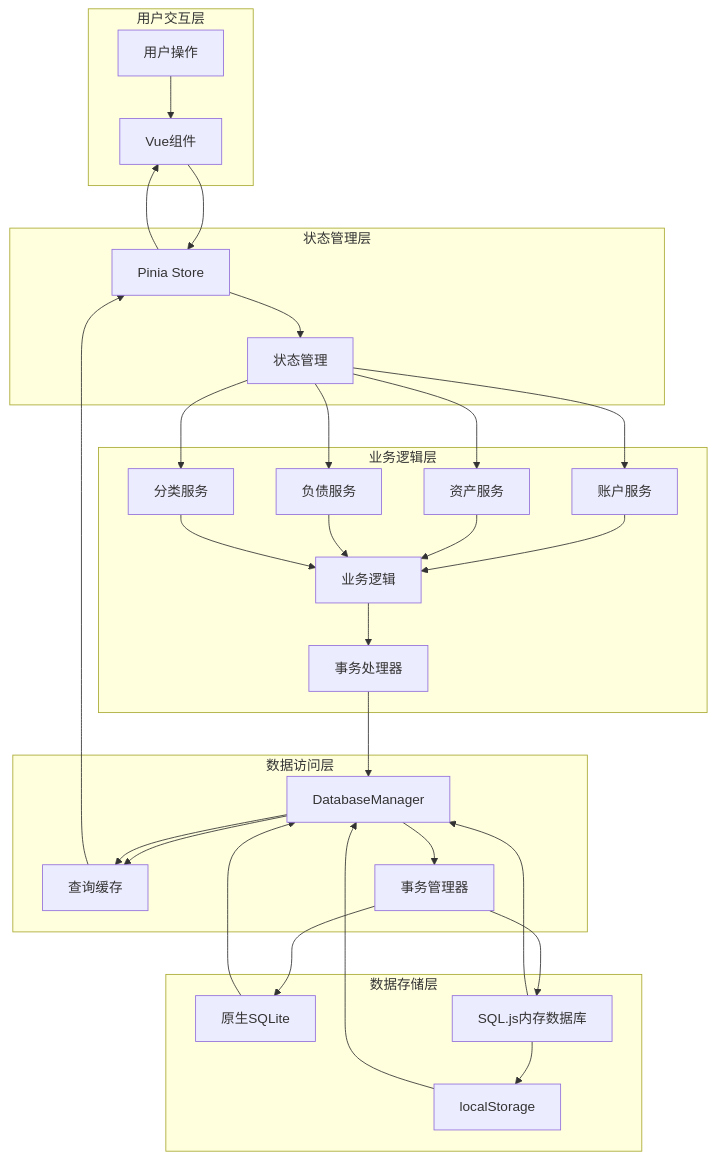
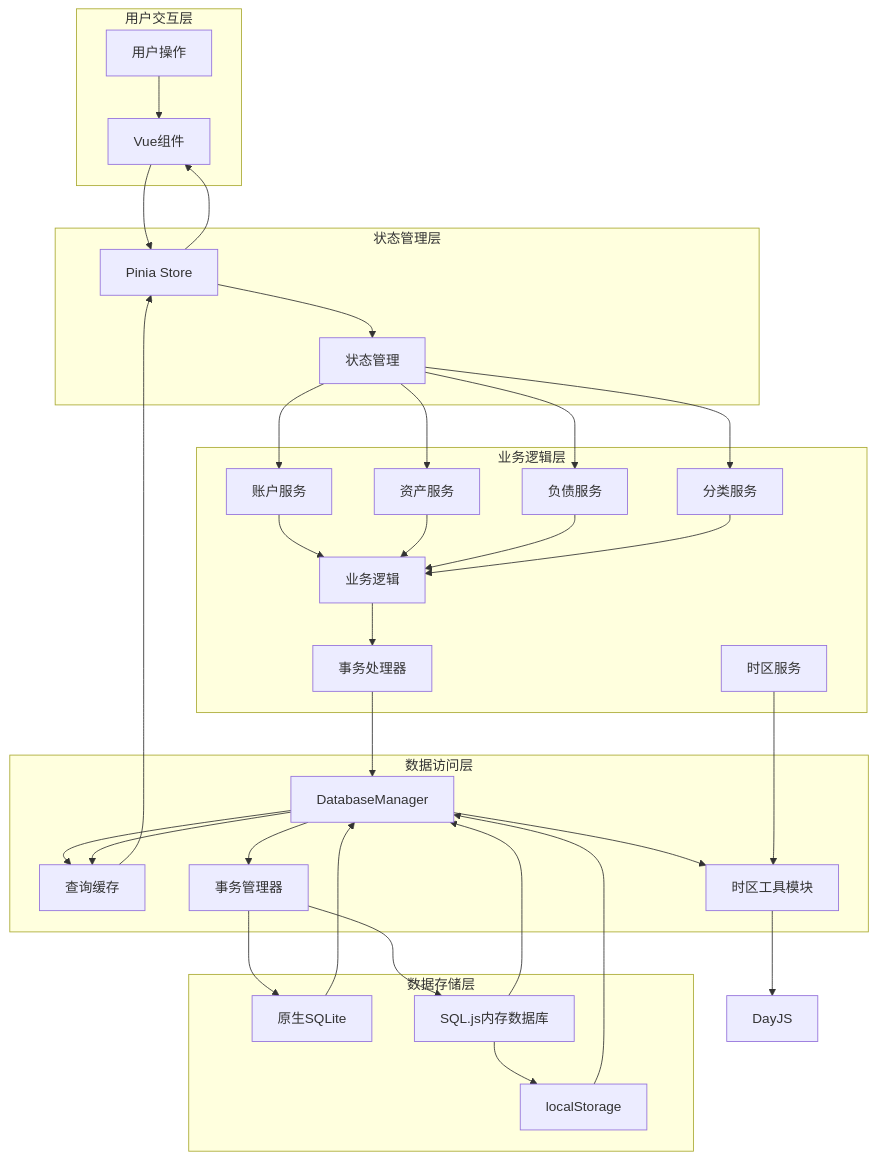
One commit to xiao-lin-unit/yuan changed diagram 21 of 21 in .qoder/repowiki/zh/content/架构设计/数据层架构设计/数据层架构设计.md. Above: the diagram before and after it, drawn with Mermaid. The commit also changed other lines of this file and 22 other files, not shown here.

````diff
--- a/.qoder/repowiki/zh/content/架构设计/数据层架构设计/数据层架构设计.md
+++ b/.qoder/repowiki/zh/content/架构设计/数据层架构设计/数据层架构设计.md
@@ -695,53 +844,58 @@
 ```mermaid
 graph TB
 subgraph "用户交互层"
 User[用户操作]
 UIComponents[Vue组件]
 end
 subgraph "状态管理层"
 PiniaStore[Pinia Store]
 StateManagement[状态管理]
 end
 subgraph "业务逻辑层"
 AccountService[账户服务]
 AssetService[资产服务]
 LiabilityService[负债服务]
 CategoryService[分类服务]
 BusinessLogic[业务逻辑]
 TransactionHandler[事务处理器]
+TimezoneService[时区服务]
 end
 subgraph "数据访问层"
 DatabaseManager[DatabaseManager]
 QueryCache[查询缓存]
 TransactionManager[事务管理器]
+TimezoneUtils[时区工具模块]
 end
 subgraph "数据存储层"
 NativeDB[原生SQLite]
 MemoryDB[SQL.js内存数据库]
 LocalStorage[localStorage]
 end
 User --> UIComponents
 UIComponents --> PiniaStore
 PiniaStore --> StateManagement
 StateManagement --> AccountService
 StateManagement --> AssetService
 StateManagement --> LiabilityService
 StateManagement --> CategoryService
 AccountService --> BusinessLogic
 AssetService --> BusinessLogic
 LiabilityService --> BusinessLogic
 CategoryService --> BusinessLogic
 BusinessLogic --> TransactionHandler
 TransactionHandler --> DatabaseManager
 DatabaseManager --> QueryCache
 DatabaseManager --> TransactionManager
+DatabaseManager --> TimezoneUtils
 TransactionManager --> NativeDB
 TransactionManager --> MemoryDB
 MemoryDB --> LocalStorage
 NativeDB --> DatabaseManager
 MemoryDB --> DatabaseManager
 LocalStorage --> DatabaseManager
 DatabaseManager --> QueryCache
 QueryCache --> PiniaStore
 PiniaStore --> UIComponents
+TimezoneService --> TimezoneUtils
+TimezoneUtils --> DayJS
 ```
````
